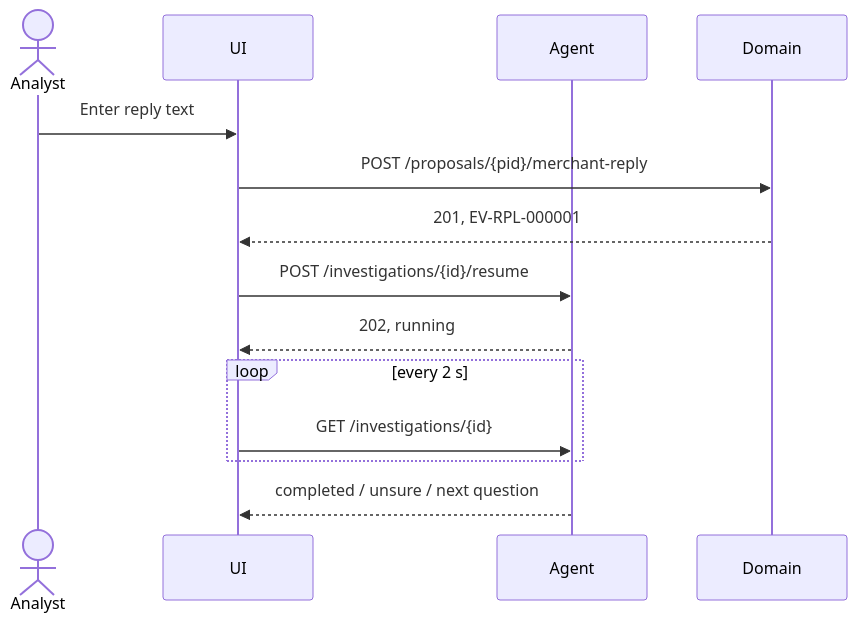
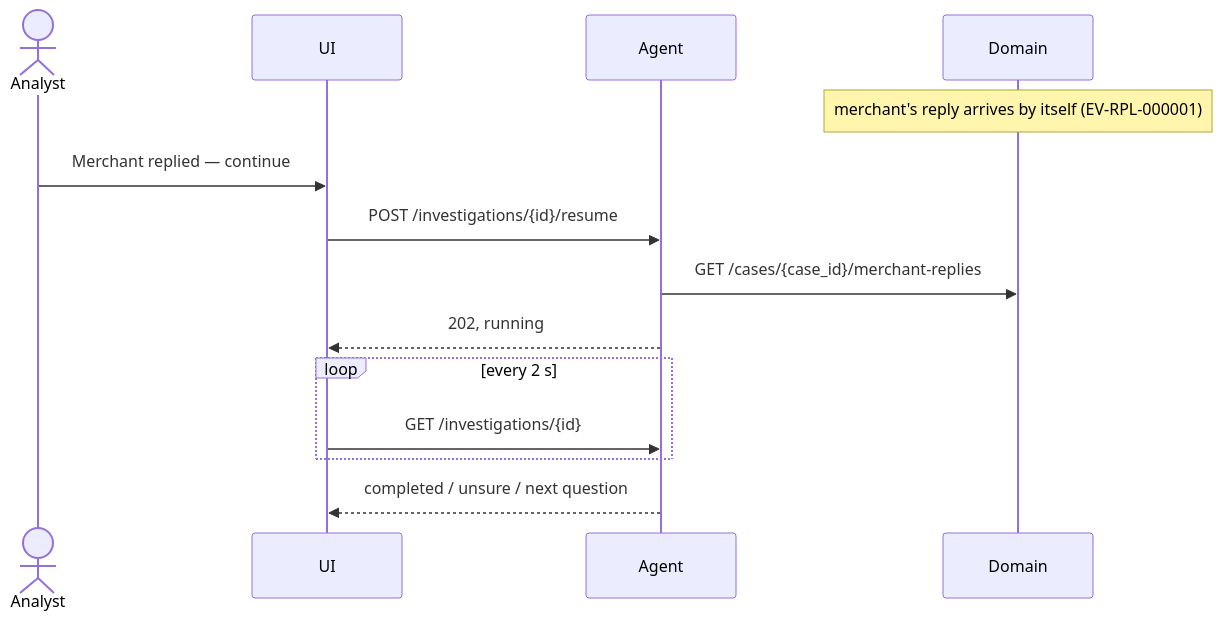
One commit to Beaconfire-GenAI-Sep26/retail-internal-ai-agent changed the third of 3 diagrams in docs/ui-workflow.md. Above: the diagram before and after it, drawn with Mermaid. The commit also changed other lines of this file and 8 other files, not shown here.

First line of the commit message:
SCRUM-22 D-03 Confirm merchant reply instead of typing it

````diff
--- a/docs/ui-workflow.md
+++ b/docs/ui-workflow.md
@@ -307,16 +307,16 @@
 ```mermaid
 sequenceDiagram
   actor A as Analyst
   participant UI
   participant Agent
   participant Domain
-  A->>UI: Enter reply text
-  UI->>Domain: POST /proposals/{pid}/merchant-reply
-  Domain-->>UI: 201, EV-RPL-000001
+  Note over Domain: merchant's reply arrives by itself (EV-RPL-000001)
+  A->>UI: Merchant replied — continue
   UI->>Agent: POST /investigations/{id}/resume
+  Agent->>Domain: GET /cases/{case_id}/merchant-replies
   Agent-->>UI: 202, running
   loop every 2 s
     UI->>Agent: GET /investigations/{id}
   end
   Agent-->>UI: completed / unsure / next question
 ```
````
